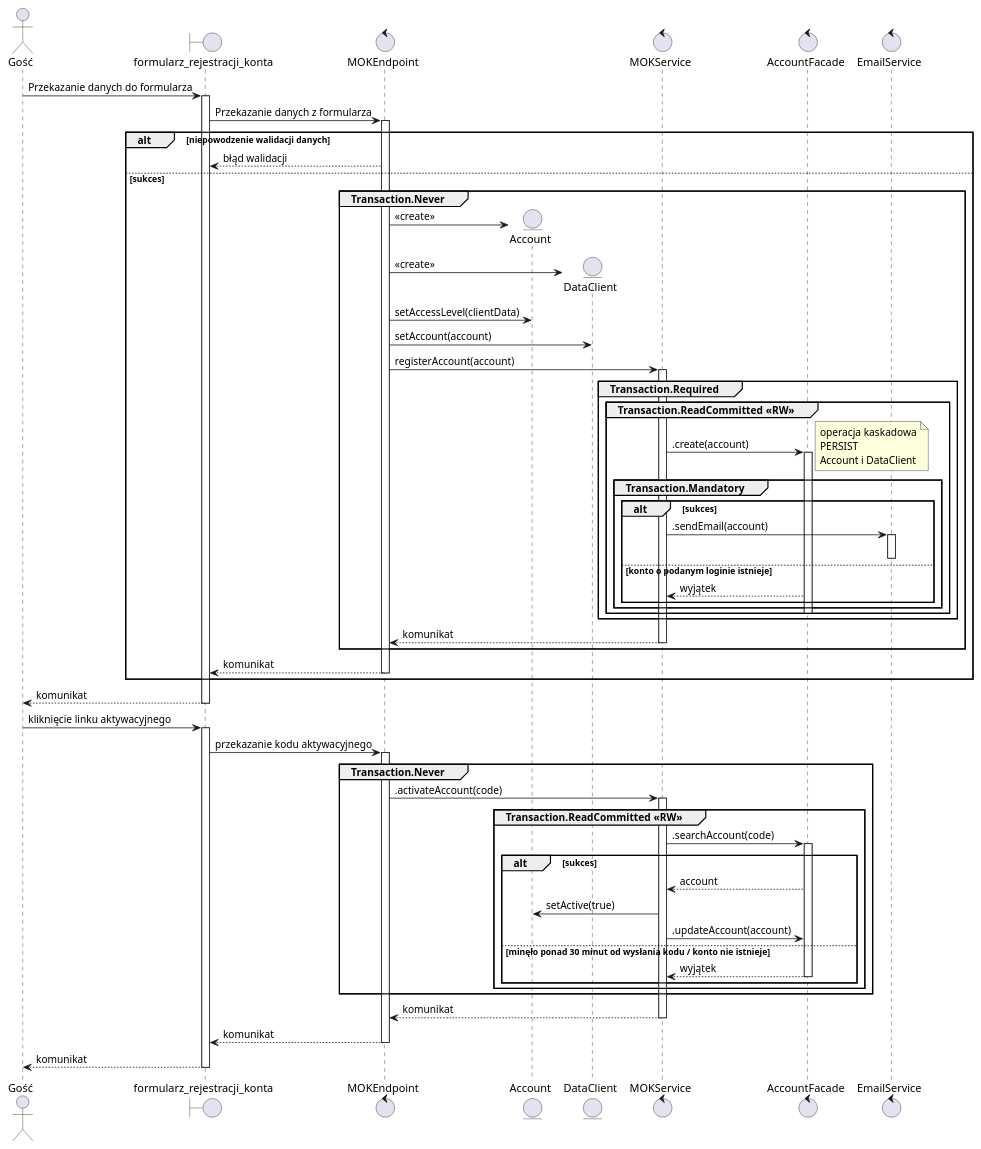
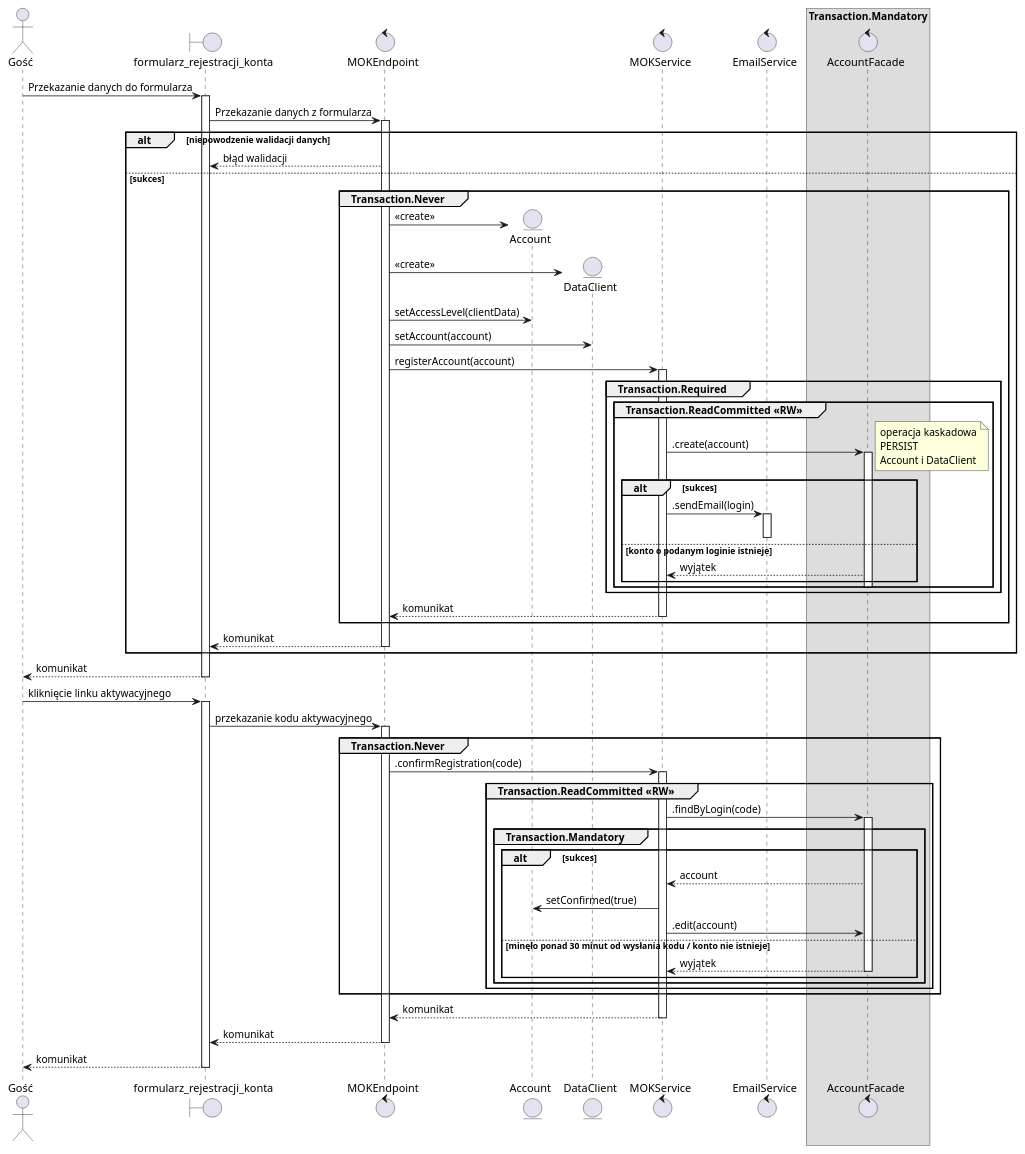
Before and after one commit to TheVivent-Politechnika-Lodzka/ssbd03_kic_uml: the diagram in src/rozdział 11/mok1.puml, drawn with PlantUML. The commit also changed 5 other files, not shown here.

Commit message:
MOK. 1-6 -> diagramy UML z tranzakcjami

```diff
--- a/src/rozdział 11/mok1.puml
+++ b/src/rozdział 11/mok1.puml
@@ -2,83 +2,86 @@
-@startuml MOK.1 - Zarejstruj
+@startuml MOK.1 - Zarejestruj
 
 
 actor Gość as guest
 boundary formularz_rejestracji_konta as gui
 control MOKEndpoint as endpoint
 entity Account as account
 entity DataClient as clientData
 control MOKService as service
 control AccountFacade as accFacade
 control EmailService as emailService
+
+skinparam backgroundcolor transparent
 
 guest -> gui ++ : Przekazanie danych do formularza
 gui -> endpoint ++ : Przekazanie danych z formularza
 
 alt niepowodzenie walidacji danych
     endpoint --> gui : błąd walidacji
 else sukces
     group Transaction.Never
 
         endpoint -> account **: <<create>>
         endpoint -> clientData **: <<create>>
         endpoint -> account : setAccessLevel(clientData)
         endpoint -> clientData: setAccount(account)
         endpoint -> service  ++: registerAccount(account)
 
         group Transaction.Required
             group Transaction.ReadCommitted <<RW>>
                 service -> accFacade ++: .create(account)
-                group Transaction.Mandatory
+                
+                box Transaction.Mandatory
+                    participant accFacade
                     note right
                         operacja kaskadowa
                         PERSIST
                         Account i DataClient
                     end note
                     alt sukces
                         ' accFacade --> service : id
-                        service -> emailService ++: .sendEmail(account)
+                        service -> emailService ++: .sendEmail(login)
                         deactivate
                     else konto o podanym loginie istnieje
                         accFacade --> service : wyjątek
                     end
                     
-                end
+                box
 
                 deactivate accFacade
                 
             end
         end
-
         return komunikat
 
     end
-    
     return komunikat
+
 end
 
 return komunikat
 
 guest -> gui ++: kliknięcie linku aktywacyjnego
 gui -> endpoint ++: przekazanie kodu aktywacyjnego
 group Transaction.Never
-    endpoint -> service ++: .activateAccount(code)
+    endpoint -> service ++: .confirmRegistration(code)
     
     group Transaction.ReadCommitted <<RW>>
-        service -> accFacade ++: .searchAccount(code)
-
-        alt sukces
-            accFacade --> service : account
-            service -> account: setActive(true)
-            service -> accFacade : .updateAccount(account)
-        else minęło ponad 30 minut od wysłania kodu / konto nie istnieje
-            accFacade --> service : wyjątek
-            deactivate
+        service -> accFacade ++: .findByLogin(code)
+        group Transaction.Mandatory
+            alt sukces
+                accFacade --> service : account
+                service -> account: setConfirmed(true)
+                service -> accFacade : .edit(account)
+            else minęło ponad 30 minut od wysłania kodu / konto nie istnieje
+                accFacade --> service : wyjątek
+                deactivate
+            end
         end
-
     end
 end
 return komunikat
 return komunikat
 return komunikat
 
 @enduml
```
